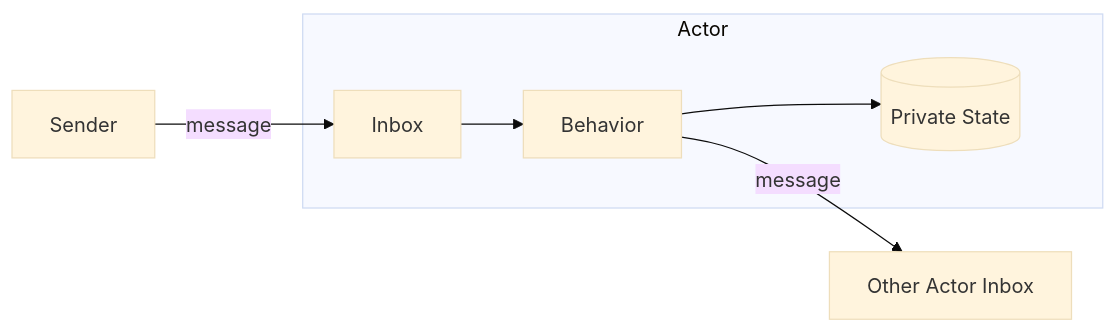
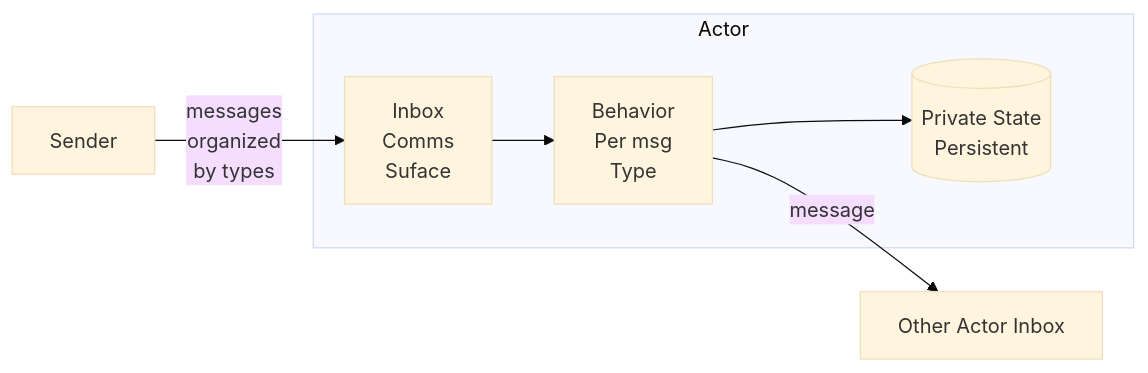
The first of 5 diagrams in docs/kb/agent-actor-model/actor-model.md (DBJARH/DBJ_METHOD_STG), drawn with Mermaid (base theme) before and after one commit. The commit also changed other lines of this file and 21 other files, not shown here.

````diff
--- a/docs/kb/agent-actor-model/actor-model.md
+++ b/docs/kb/agent-actor-model/actor-model.md
@@ -29,9 +29,9 @@
 ```mermaid
 graph LR
     subgraph Actor
-        I[Inbox] --> B[Behavior]
-        B --> S[(Private State)]
+        I[Inbox<br>Comms<br>Suface] --> B[Behavior<br>Per msg<br>Type]
+        B --> S[(Private State<br>Persistent)]
     end
-    Sender -->|message| I
+    Sender -->|messages<br>organized<br>by types| I
     B -->|message| OtherActor[Other Actor Inbox]
 ```
````
